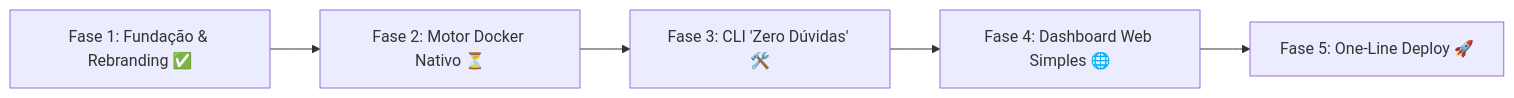
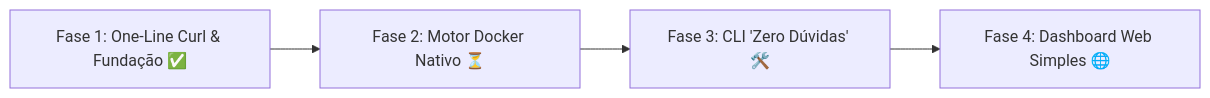
Before and after one commit to heitorsecurity/dopinio: the diagram in README.md, drawn with Mermaid. The commit also changed other lines of this file and 2 other files, not shown here.

Commit message:
feat: add one-line curl and powershell installers with auto-config and clean dev guide

````diff
--- a/README.md
+++ b/README.md
@@ -79,7 +86,6 @@
 ```mermaid
 flowchart LR
-    Fase1["Fase 1: Fundação & Rebranding ✅"] --> Fase2["Fase 2: Motor Docker Nativo ⏳"]
+    Fase1["Fase 1: One-Line Curl & Fundação ✅"] --> Fase2["Fase 2: Motor Docker Nativo ⏳"]
     Fase2 --> Fase3["Fase 3: CLI 'Zero Dúvidas' 🛠️"]
     Fase3 --> Fase4["Fase 4: Dashboard Web Simples 🌐"]
-    Fase4 --> Fase5["Fase 5: One-Line Deploy 🚀"]
 ```
````
